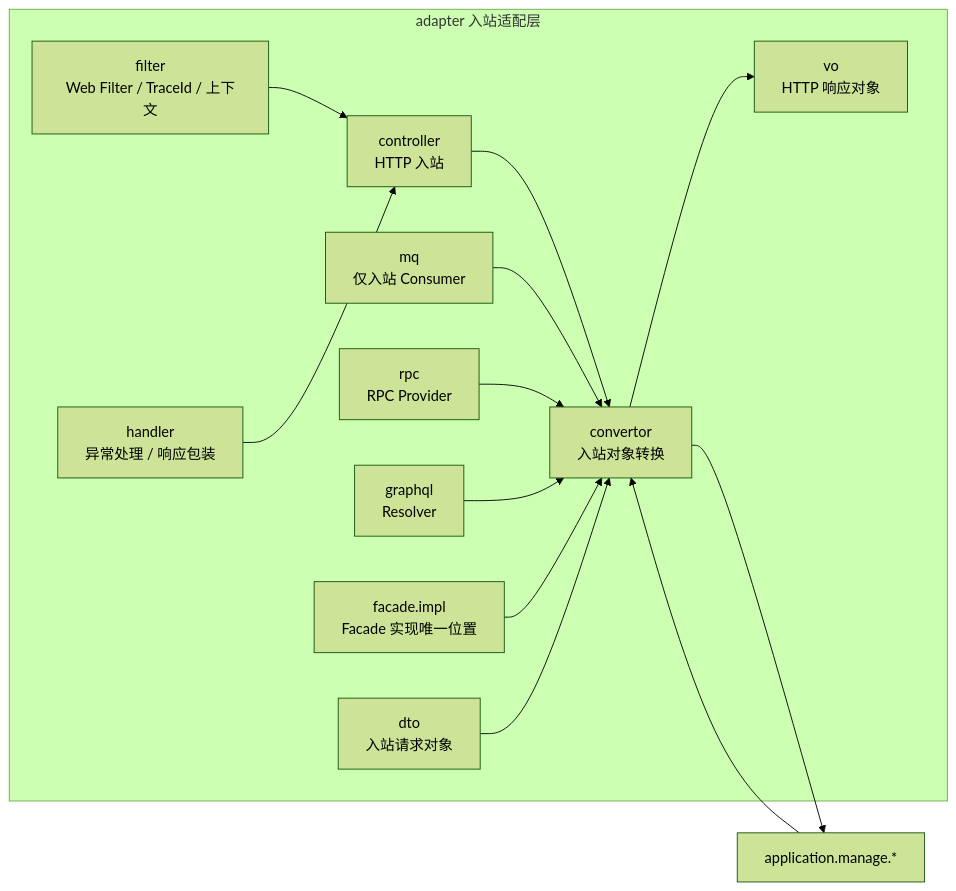
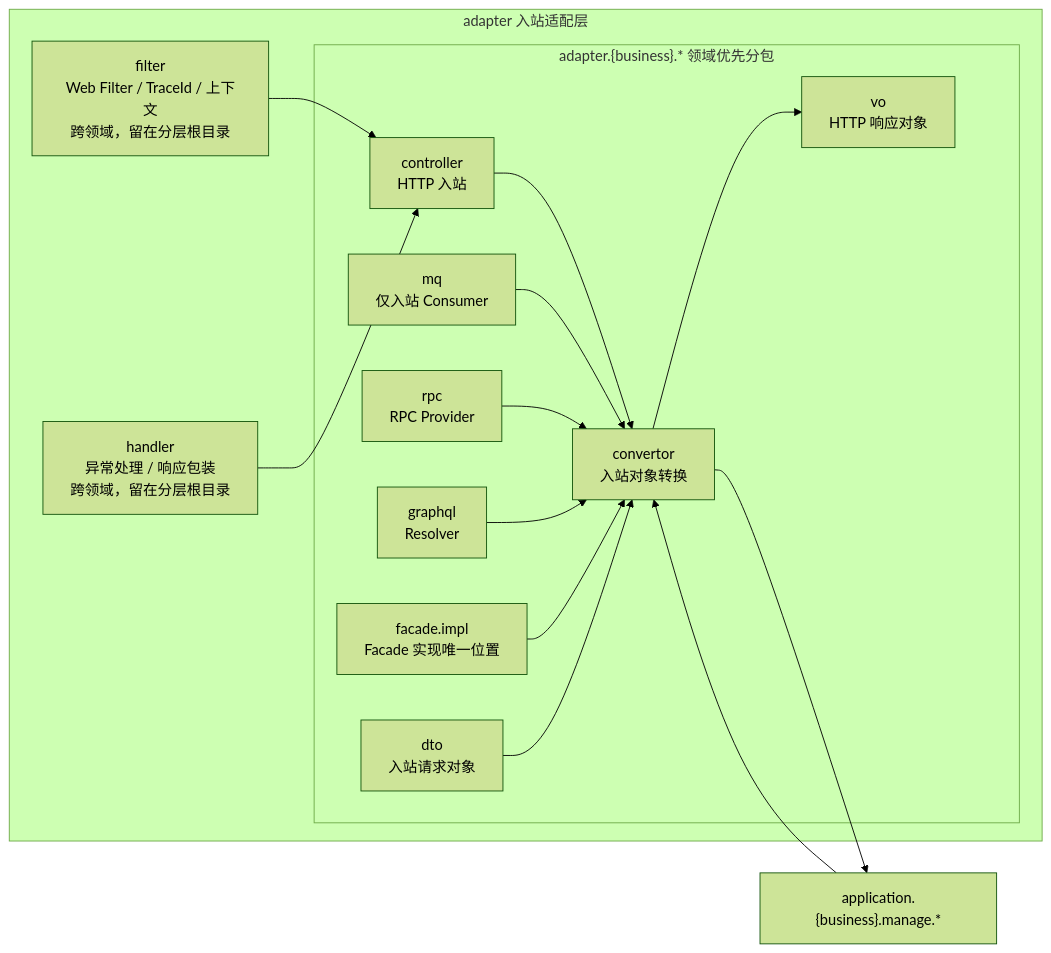
One commit to AllenDEricDAlexander/Egon-COLA changed the fourth of 19 diagrams in egon-cola-archetypes/architecture-mermaid-diagrams.md. Above: the diagram before and after it, drawn with Mermaid (forest theme). The commit also changed other lines of this file and 32 other files, not shown here.

First line of the commit message:
fix(archetypes): make architecture governance actually enforce, correct guide docs

````diff
--- a/egon-cola-archetypes/architecture-mermaid-diagrams.md
+++ b/egon-cola-archetypes/architecture-mermaid-diagrams.md
@@ -82,28 +97,30 @@
 ```mermaid
 flowchart LR
     subgraph ADAPTER["adapter 入站适配层"]
-        CONTROLLER["controller<br/>HTTP 入站"]
-        MQC["mq<br/>仅入站 Consumer"]
-        RPC["rpc<br/>RPC Provider"]
-        GRAPHQL["graphql<br/>Resolver"]
-        FACADE_IMPL["facade.impl<br/>Facade 实现唯一位置"]
-        DTO["dto<br/>入站请求对象"]
-        VO["vo<br/>HTTP 响应对象"]
-        CONVERTOR["convertor<br/>入站对象转换"]
-        HANDLER["handler<br/>异常处理 / 响应包装"]
-        FILTER["filter<br/>Web Filter / TraceId / 上下文"]
+        subgraph ADAPTER_BIZ["adapter.{business}.* 领域优先分包"]
+            CONTROLLER["controller<br/>HTTP 入站"]
+            MQC["mq<br/>仅入站 Consumer"]
+            RPC["rpc<br/>RPC Provider"]
+            GRAPHQL["graphql<br/>Resolver"]
+            FACADE_IMPL["facade.impl<br/>Facade 实现唯一位置"]
+            DTO["dto<br/>入站请求对象"]
+            VO["vo<br/>HTTP 响应对象"]
+            CONVERTOR["convertor<br/>入站对象转换"]
+        end
+        HANDLER["handler<br/>异常处理 / 响应包装<br/>跨领域，留在分层根目录"]
+        FILTER["filter<br/>Web Filter / TraceId / 上下文<br/>跨领域，留在分层根目录"]
     end
 
-    APP["application.manage.*"]
+    APP["application.{business}.manage.*"]
     CONTROLLER --> CONVERTOR
     MQC --> CONVERTOR
     RPC --> CONVERTOR
     GRAPHQL --> CONVERTOR
     FACADE_IMPL --> CONVERTOR
     DTO --> CONVERTOR
     CONVERTOR --> APP
     APP --> CONVERTOR
     CONVERTOR --> VO
     FILTER --> CONTROLLER
     HANDLER --> CONTROLLER
 ```
````
